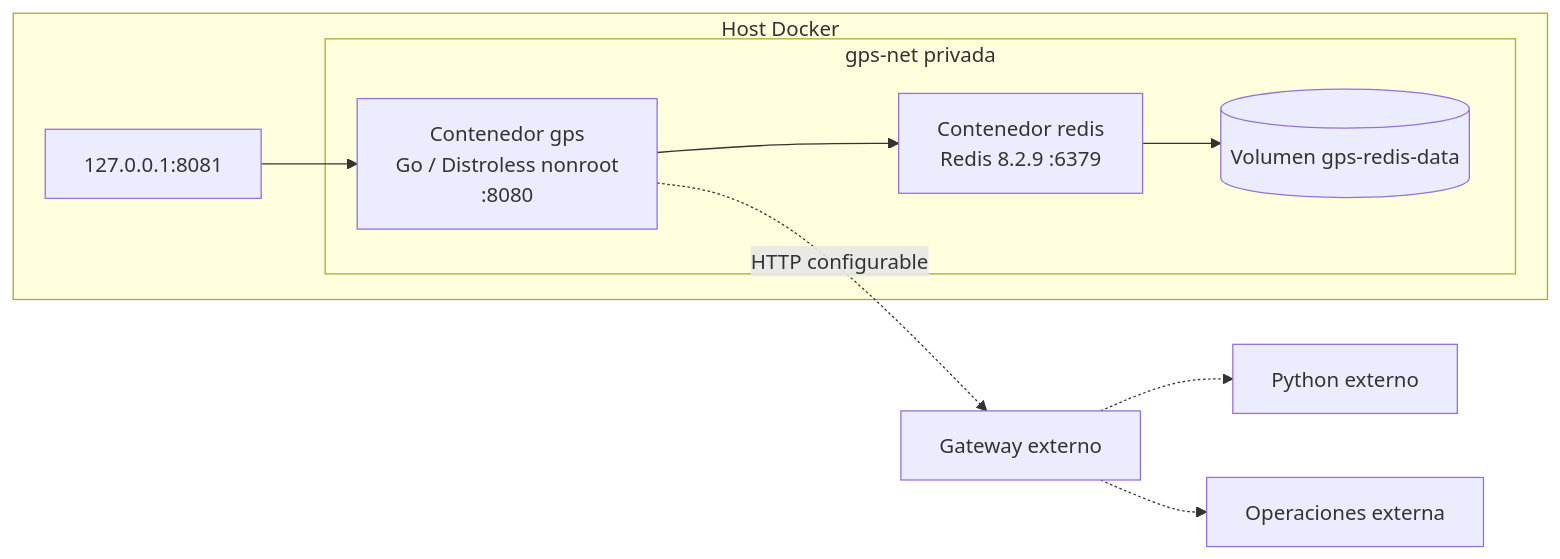
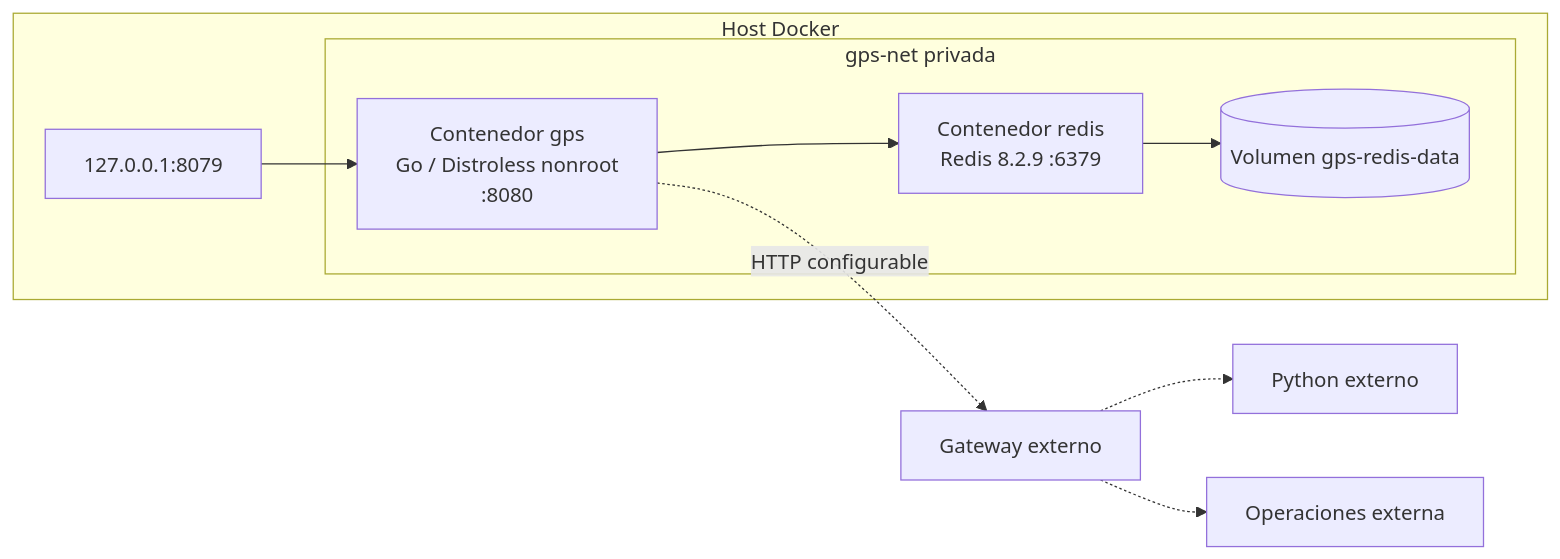
One commit to jacordobah/geolocaACB changed the fourth of 5 diagrams in acb_gps_lo/docs/informe-tecnico-interno.md. Above: the diagram before and after it, drawn with Mermaid. The commit also changed other lines of this file and 7 other files, not shown here.

````diff
--- a/acb_gps_lo/docs/informe-tecnico-interno.md
+++ b/acb_gps_lo/docs/informe-tecnico-interno.md
@@ -262,16 +262,16 @@
 ```mermaid
 flowchart LR
   subgraph Host[Host Docker]
     subgraph Net[gps-net privada]
       G[Contenedor gps\nGo / Distroless nonroot\n:8080]
       R[Contenedor redis\nRedis 8.2.9 :6379]
       V[(Volumen gps-redis-data)]
       G --> R
       R --> V
     end
-    HP[127.0.0.1:8081] --> G
+    HP[127.0.0.1:8079] --> G
   end
   G -. HTTP configurable .-> GW[Gateway externo]
   GW -.-> PY[Python externo]
   GW -.-> OP[Operaciones externa]
 ```
````
